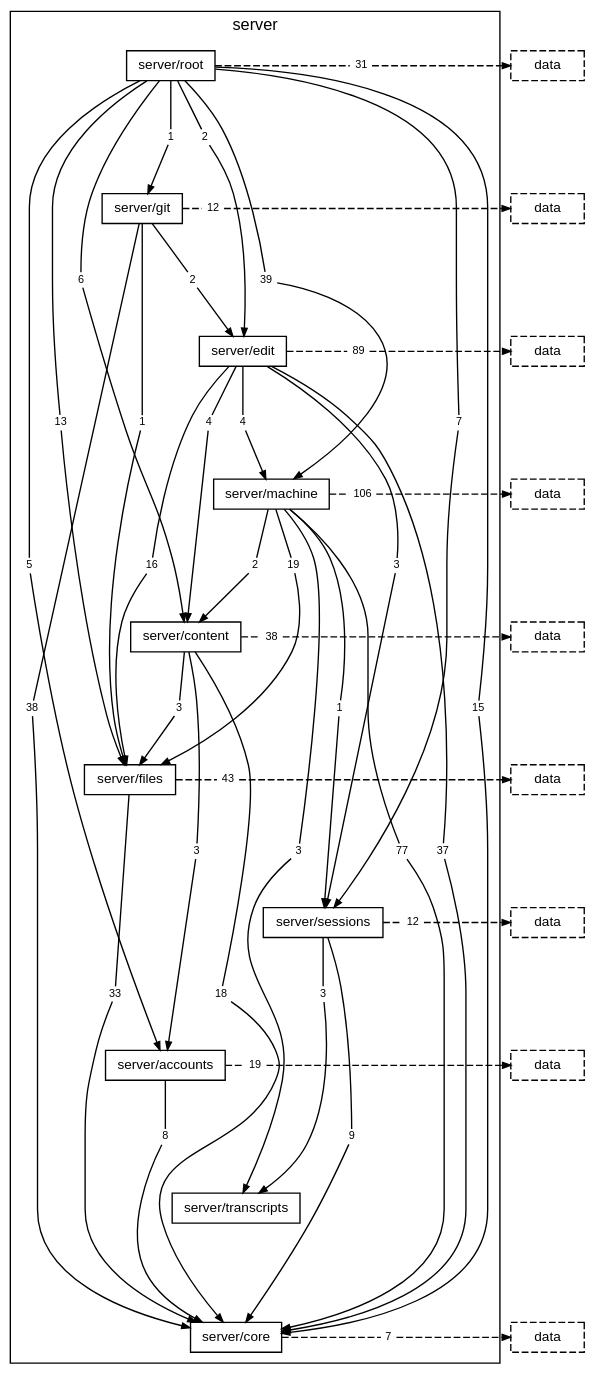
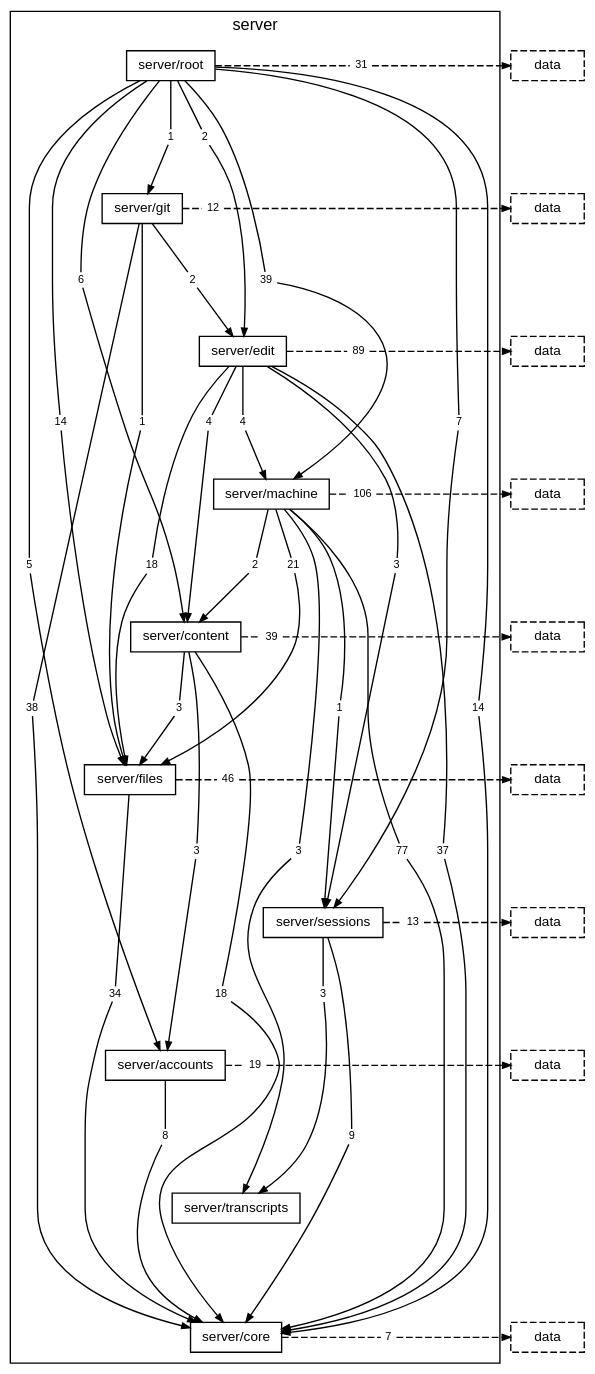
The diagram in docs/diagrams/layer-server.dot (TheAxeC/oculus), drawn with Graphviz before and after one commit. The commit also changed 81 other files, not shown here.

```diff
--- a/docs/diagrams/layer-server.dot
+++ b/docs/diagrams/layer-server.dot
@@ -16,9 +16,9 @@
         "folder server/core" [label="server/core"];
         "folder server/root to folder server/accounts" [label="5", shape=box, color="transparent", fontsize=8, width=0, height=0, margin="0.04,0.02"];
         "folder server/root to folder server/content" [label="6", shape=box, color="transparent", fontsize=8, width=0, height=0, margin="0.04,0.02"];
-        "folder server/root to folder server/core" [label="15", shape=box, color="transparent", fontsize=8, width=0, height=0, margin="0.04,0.02"];
+        "folder server/root to folder server/core" [label="14", shape=box, color="transparent", fontsize=8, width=0, height=0, margin="0.04,0.02"];
         "folder server/root to folder server/edit" [label="2", shape=box, color="transparent", fontsize=8, width=0, height=0, margin="0.04,0.02"];
-        "folder server/root to folder server/files" [label="13", shape=box, color="transparent", fontsize=8, width=0, height=0, margin="0.04,0.02"];
+        "folder server/root to folder server/files" [label="14", shape=box, color="transparent", fontsize=8, width=0, height=0, margin="0.04,0.02"];
         "folder server/root to folder server/git" [label="1", shape=box, color="transparent", fontsize=8, width=0, height=0, margin="0.04,0.02"];
         "folder server/root to folder server/machine" [label="39", shape=box, color="transparent", fontsize=8, width=0, height=0, margin="0.04,0.02"];
         "folder server/root to folder server/sessions" [label="7", shape=box, color="transparent", fontsize=8, width=0, height=0, margin="0.04,0.02"];
@@ -29,25 +29,25 @@
         "folder server/git to layer data" [label="12", shape=box, color="transparent", fontsize=8, width=0, height=0, margin="0.04,0.02"];
         "folder server/edit to folder server/content" [label="4", shape=box, color="transparent", fontsize=8, width=0, height=0, margin="0.04,0.02"];
         "folder server/edit to folder server/core" [label="37", shape=box, color="transparent", fontsize=8, width=0, height=0, margin="0.04,0.02"];
-        "folder server/edit to folder server/files" [label="16", shape=box, color="transparent", fontsize=8, width=0, height=0, margin="0.04,0.02"];
+        "folder server/edit to folder server/files" [label="18", shape=box, color="transparent", fontsize=8, width=0, height=0, margin="0.04,0.02"];
         "folder server/edit to folder server/machine" [label="4", shape=box, color="transparent", fontsize=8, width=0, height=0, margin="0.04,0.02"];
         "folder server/edit to folder server/sessions" [label="3", shape=box, color="transparent", fontsize=8, width=0, height=0, margin="0.04,0.02"];
         "folder server/edit to layer data" [label="89", shape=box, color="transparent", fontsize=8, width=0, height=0, margin="0.04,0.02"];
         "folder server/machine to folder server/content" [label="2", shape=box, color="transparent", fontsize=8, width=0, height=0, margin="0.04,0.02"];
         "folder server/machine to folder server/core" [label="77", shape=box, color="transparent", fontsize=8, width=0, height=0, margin="0.04,0.02"];
-        "folder server/machine to folder server/files" [label="19", shape=box, color="transparent", fontsize=8, width=0, height=0, margin="0.04,0.02"];
+        "folder server/machine to folder server/files" [label="21", shape=box, color="transparent", fontsize=8, width=0, height=0, margin="0.04,0.02"];
         "folder server/machine to folder server/sessions" [label="1", shape=box, color="transparent", fontsize=8, width=0, height=0, margin="0.04,0.02"];
         "folder server/machine to folder server/transcripts" [label="3", shape=box, color="transparent", fontsize=8, width=0, height=0, margin="0.04,0.02"];
         "folder server/machine to layer data" [label="106", shape=box, color="transparent", fontsize=8, width=0, height=0, margin="0.04,0.02"];
         "folder server/content to folder server/accounts" [label="3", shape=box, color="transparent", fontsize=8, width=0, height=0, margin="0.04,0.02"];
         "folder server/content to folder server/core" [label="18", shape=box, color="transparent", fontsize=8, width=0, height=0, margin="0.04,0.02"];
         "folder server/content to folder server/files" [label="3", shape=box, color="transparent", fontsize=8, width=0, height=0, margin="0.04,0.02"];
-        "folder server/content to layer data" [label="38", shape=box, color="transparent", fontsize=8, width=0, height=0, margin="0.04,0.02"];
-        "folder server/files to folder server/core" [label="33", shape=box, color="transparent", fontsize=8, width=0, height=0, margin="0.04,0.02"];
-        "folder server/files to layer data" [label="43", shape=box, color="transparent", fontsize=8, width=0, height=0, margin="0.04,0.02"];
+        "folder server/content to layer data" [label="39", shape=box, color="transparent", fontsize=8, width=0, height=0, margin="0.04,0.02"];
+        "folder server/files to folder server/core" [label="34", shape=box, color="transparent", fontsize=8, width=0, height=0, margin="0.04,0.02"];
+        "folder server/files to layer data" [label="46", shape=box, color="transparent", fontsize=8, width=0, height=0, margin="0.04,0.02"];
         "folder server/sessions to folder server/core" [label="9", shape=box, color="transparent", fontsize=8, width=0, height=0, margin="0.04,0.02"];
         "folder server/sessions to folder server/transcripts" [label="3", shape=box, color="transparent", fontsize=8, width=0, height=0, margin="0.04,0.02"];
-        "folder server/sessions to layer data" [label="12", shape=box, color="transparent", fontsize=8, width=0, height=0, margin="0.04,0.02"];
+        "folder server/sessions to layer data" [label="13", shape=box, color="transparent", fontsize=8, width=0, height=0, margin="0.04,0.02"];
         "folder server/accounts to folder server/core" [label="8", shape=box, color="transparent", fontsize=8, width=0, height=0, margin="0.04,0.02"];
         "folder server/accounts to layer data" [label="19", shape=box, color="transparent", fontsize=8, width=0, height=0, margin="0.04,0.02"];
         "folder server/core to layer data" [label="7", shape=box, color="transparent", fontsize=8, width=0, height=0, margin="0.04,0.02"];
```
